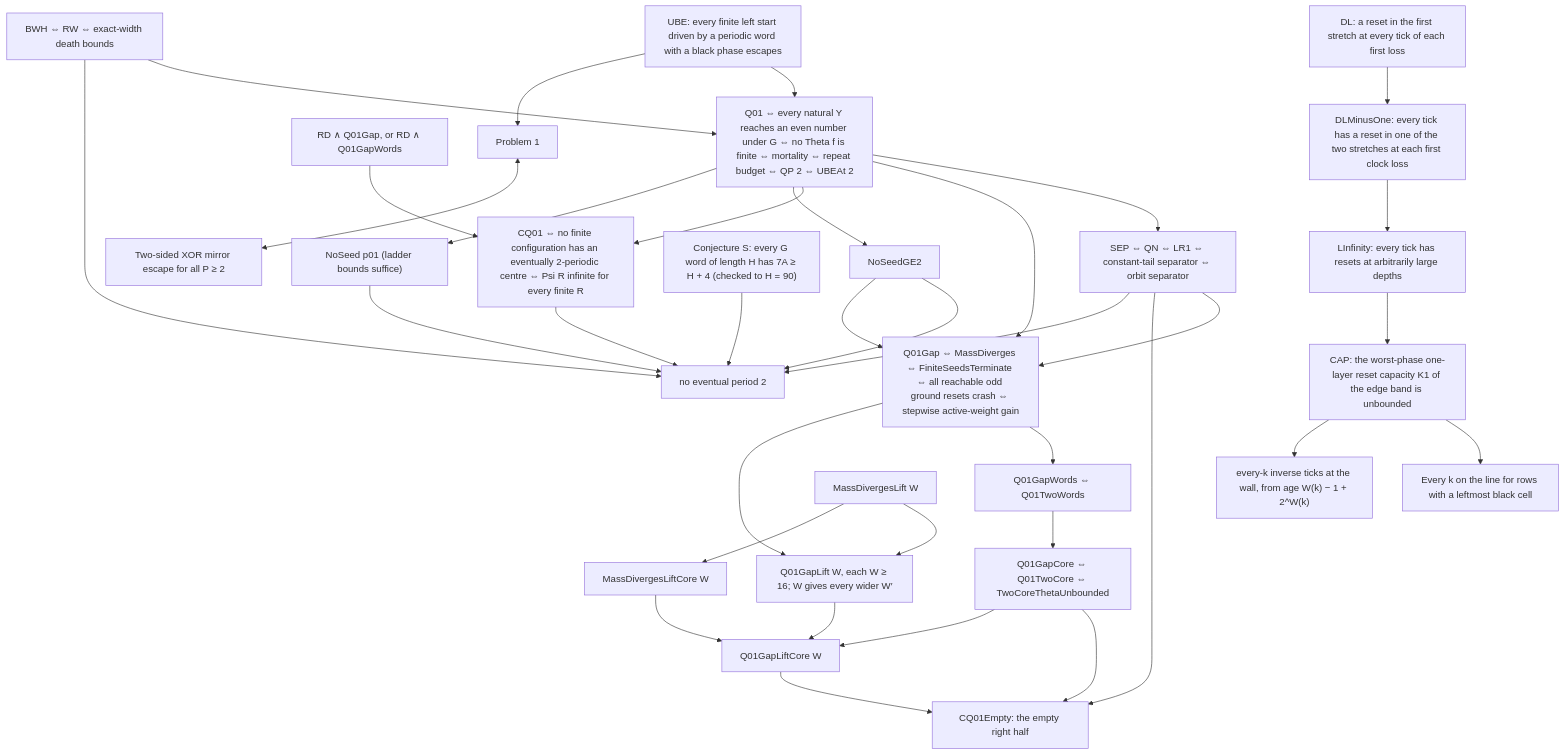
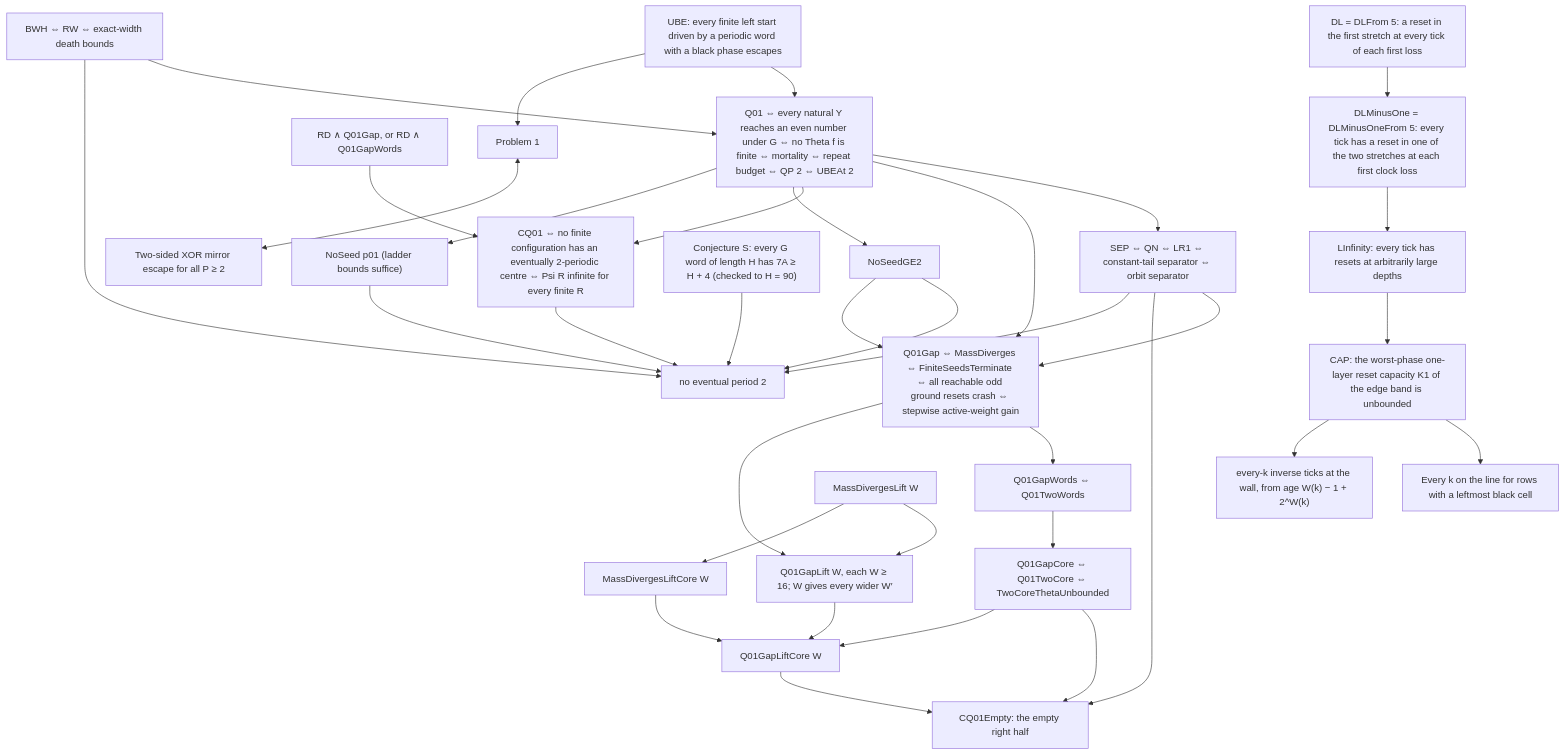
Before and after one commit to ghywel/rule30reset: the diagram in KIT.md, drawn with Mermaid. The commit also changed other lines of this file and 10 other files, not shown here.

````diff
--- a/KIT.md
+++ b/KIT.md
@@ -48,32 +48,32 @@
 ```mermaid
 graph TD
   UBE["UBE: every finite left start driven by a periodic word with a black phase escapes"] --> Q01
   BWH["BWH ⇔ RW ⇔ exact-width death bounds"] --> Q01
   Q01["Q01 ⇔ every natural Y reaches an even number under G ⇔ no Theta f is finite ⇔ mortality ⇔ repeat budget ⇔ QP 2 ⇔ UBEAt 2"]
   Q01 --> SEP["SEP ⇔ QN ⇔ LR1 ⇔ constant-tail separator ⇔ orbit separator"]
   Q01 --> Q01Gap["Q01Gap ⇔ MassDiverges ⇔ FiniteSeedsTerminate ⇔ all reachable odd ground resets crash ⇔ stepwise active-weight gain"]
   SEP --> Q01Gap
   Q01Gap --> Q01GW["Q01GapWords ⇔ Q01TwoWords"]
   Q01GW --> Q01GC["Q01GapCore ⇔ Q01TwoCore ⇔ TwoCoreThetaUnbounded"]
   Q01GC --> CQ01E["CQ01Empty: the empty right half"]
   Q01Gap --> GL["Q01GapLift W, each W ≥ 16; W gives every wider W′"] --> GLC["Q01GapLiftCore W"] --> CQ01E
   Q01GC --> GLC
   MDL["MassDivergesLift W"] --> GL
   MDL --> MDLC["MassDivergesLiftCore W"] --> GLC
   SEP --> CQ01E
   Q01 --> CQ01["CQ01 ⇔ no finite configuration has an eventually 2-periodic centre ⇔ Psi R infinite for every finite R"]
   RDQ["RD ∧ Q01Gap, or RD ∧ Q01GapWords"] --> CQ01
   CQ01 --> NP2["no eventual period 2"]
   Q01 --> NSG["NoSeedGE2"] --> NP2
   NSG --> Q01Gap
   Q01 --> NS01["NoSeed p01 (ladder bounds suffice)"] --> NP2
   CS["Conjecture S: every G word of length H has 7A ≥ H + 4 (checked to H = 90)"] --> NP2
   SEP --> NP2
   BWH --> NP2
   UBE --> P1["Problem 1"]
   P1 <--> MIR["Two-sided XOR mirror escape for all P ≥ 2"]
-  DL["DL: a reset in the first stretch at every tick of each first loss"] --> DL1
-  DL1["DLMinusOne: every tick has a reset in one of the two stretches at each first clock loss"] --> LI["LInfinity: every tick has resets at arbitrarily large depths"]
+  DL["DL = DLFrom 5: a reset in the first stretch at every tick of each first loss"] --> DL1
+  DL1["DLMinusOne = DLMinusOneFrom 5: every tick has a reset in one of the two stretches at each first clock loss"] --> LI["LInfinity: every tick has resets at arbitrarily large depths"]
   CAP --> LINE["Every k on the line for rows with a leftmost black cell"]
   LI --> CAP["CAP: the worst-phase one-layer reset capacity K1 of the edge band is unbounded"] --> EVK["every-k inverse ticks at the wall, from age W(k) − 1 + 2^W(k)"]
 ```
````
